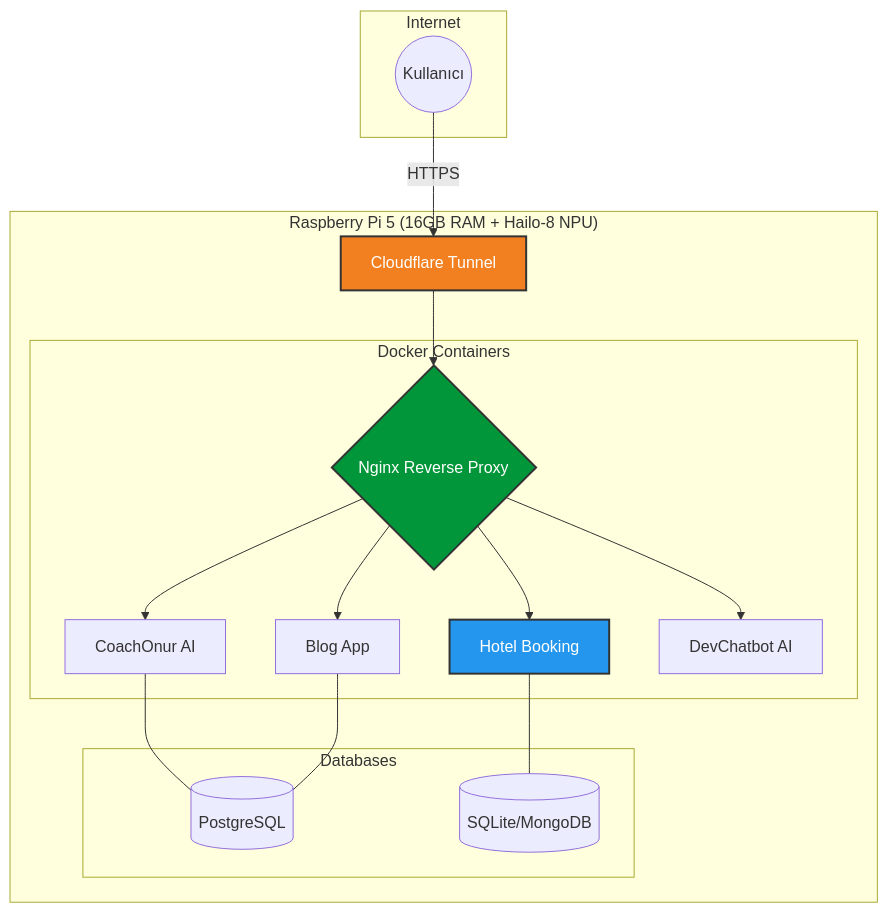
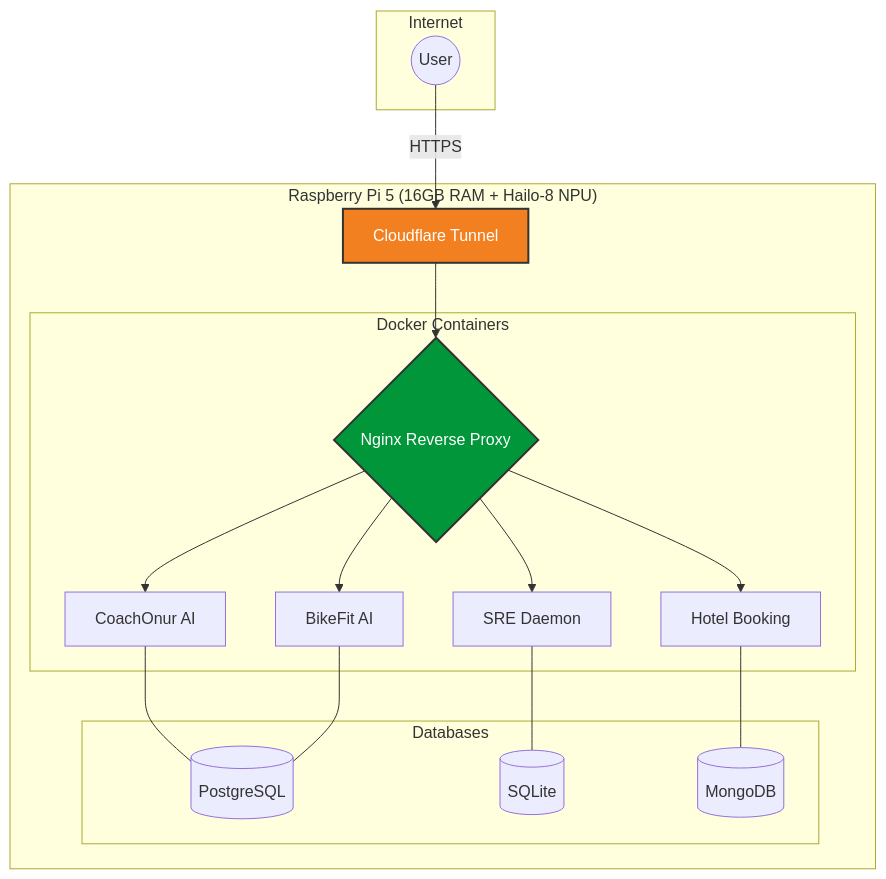
The diagram in README.md (kapucuonur/kapucuonur), drawn with Mermaid before and after one commit. The commit also changed other lines of this file, not shown here.

````diff
--- a/README.md
+++ b/README.md
@@ -235,29 +193,29 @@
 ```mermaid
 graph TD
     subgraph Internet
-        User((Kullanıcı))
+        User((User))
     end
 
     User -->|HTTPS| CF[Cloudflare Tunnel]
-    
+
     subgraph "Raspberry Pi 5 (16GB RAM + Hailo-8 NPU)"
         CF --> Nginx{Nginx Reverse Proxy}
-        
+
         subgraph "Docker Containers"
             Nginx --> App1[CoachOnur AI]
-            Nginx --> App2[Hotel Booking]
-            Nginx --> App3[Blog App]
-            Nginx --> App4[DevChatbot AI]
+            Nginx --> App2[BikeFit AI]
+            Nginx --> App3[SRE Daemon]
+            Nginx --> App4[Hotel Booking]
         end
-        
+
         subgraph "Databases"
             App1 --- DB1[(PostgreSQL)]
-            App2 --- DB2[(SQLite/MongoDB)]
-            App3 --- DB1
+            App2 --- DB1
+            App3 --- DB2[(SQLite)]
+            App4 --- DB3[(MongoDB)]
         end
     end
 
     style CF fill:#f38020,stroke:#333,stroke-width:2px,color:#fff
     style Nginx fill:#009639,stroke:#333,stroke-width:2px,color:#fff
-    style App2 fill:#2496ed,stroke:#333,stroke-width:2px,color:#fff
 ```
````
